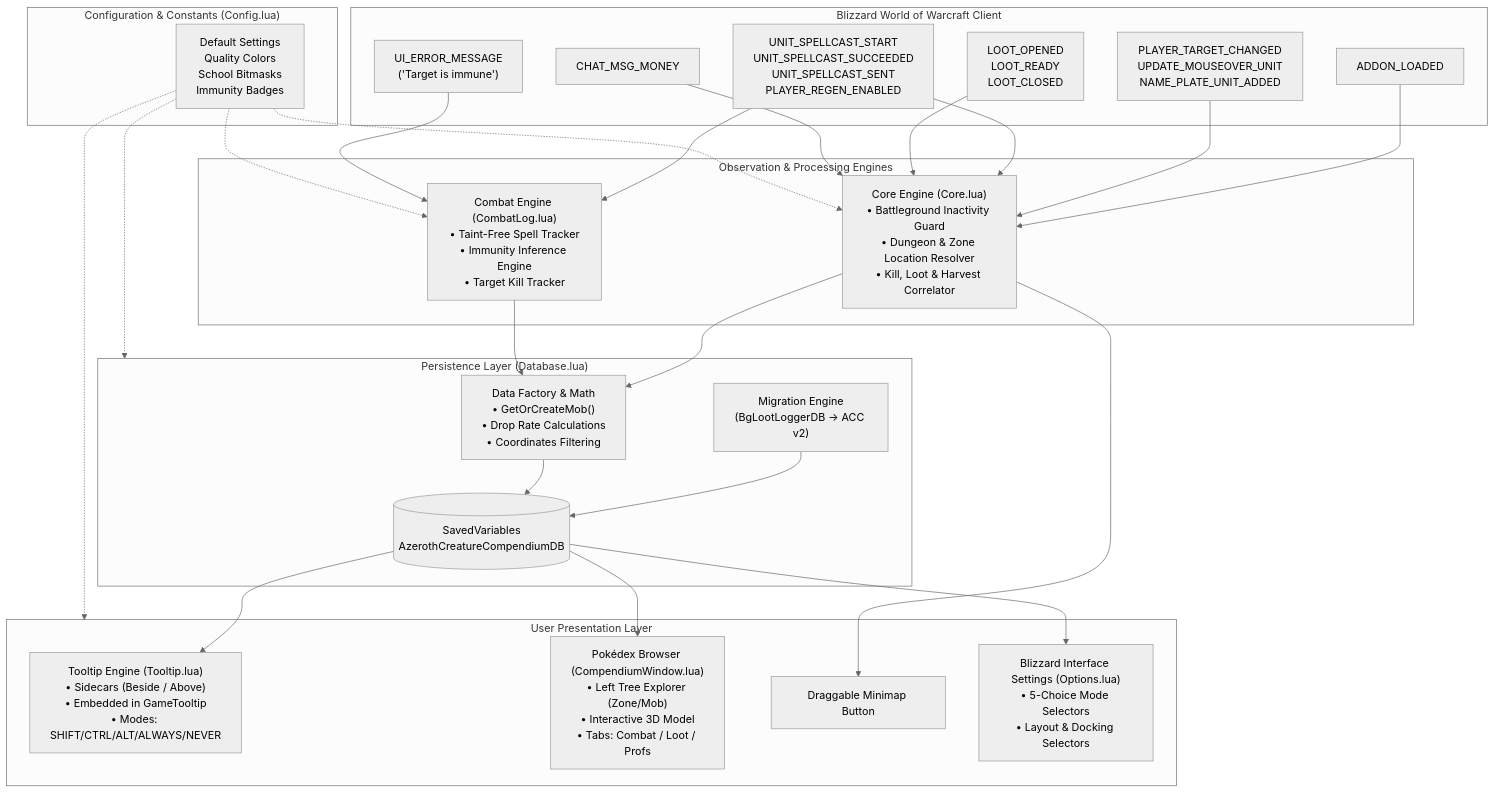
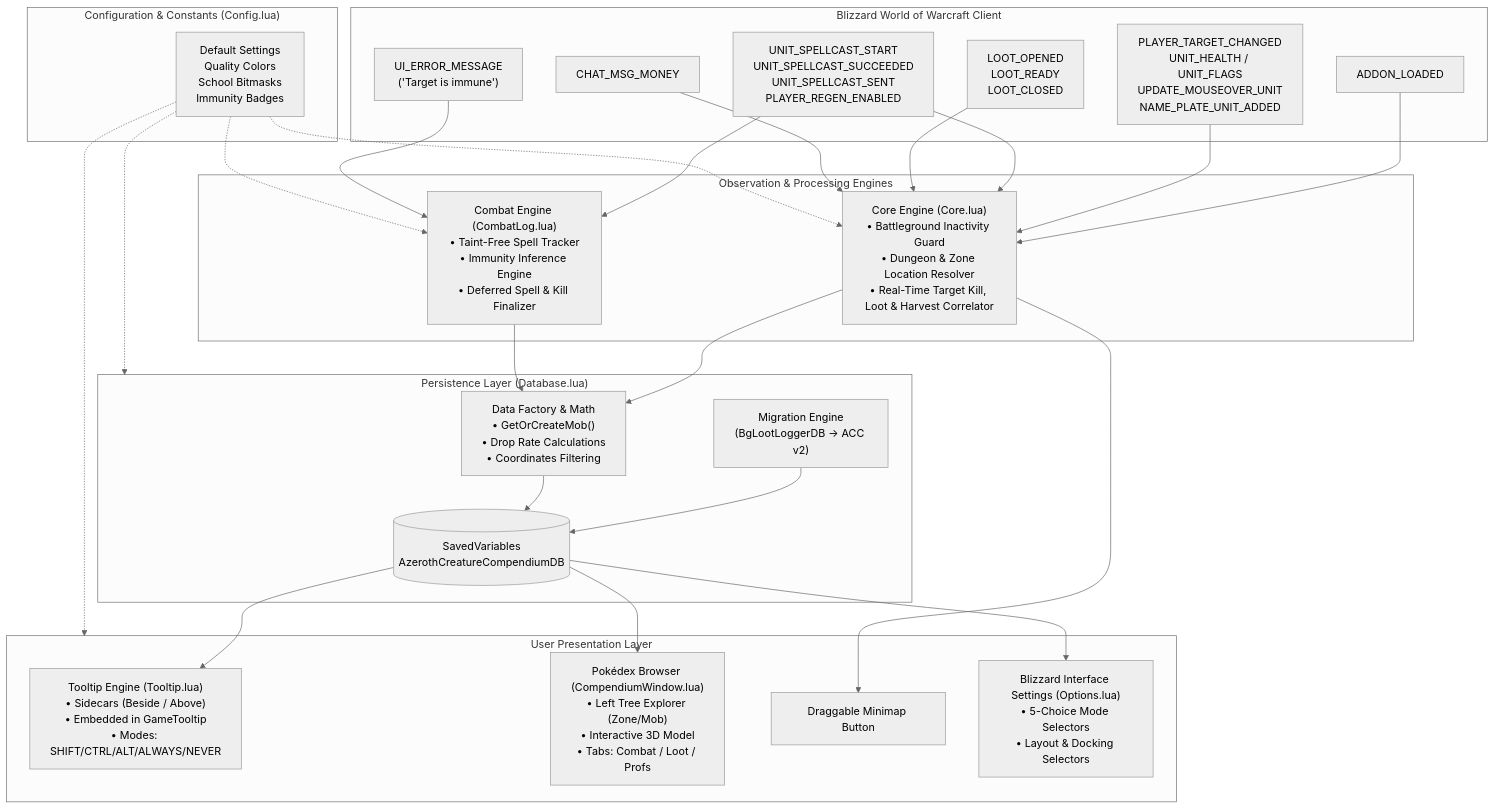
Before and after one commit to bguerre20/AzerothCreatureCompendium: the first of 5 diagrams in docs/ARCHITECTURE.md, drawn with Mermaid (neutral theme). The commit also changed other lines of this file and 3 other files, not shown here.

Commit message:
fix: track real-time target kills via UNIT_HEALTH and UNIT_FLAGS

````diff
--- a/docs/ARCHITECTURE.md
+++ b/docs/ARCHITECTURE.md
@@ -41,59 +41,59 @@
 ```mermaid
 graph TD
     subgraph WoW_Client["Blizzard World of Warcraft Client"]
         E_Life["ADDON_LOADED"]
-        E_Unit["PLAYER_TARGET_CHANGED<br/>UPDATE_MOUSEOVER_UNIT<br/>NAME_PLATE_UNIT_ADDED"]
+        E_Unit["PLAYER_TARGET_CHANGED<br/>UNIT_HEALTH / UNIT_FLAGS<br/>UPDATE_MOUSEOVER_UNIT<br/>NAME_PLATE_UNIT_ADDED"]
         E_Cast["UNIT_SPELLCAST_START<br/>UNIT_SPELLCAST_SUCCEEDED<br/>UNIT_SPELLCAST_SENT<br/>PLAYER_REGEN_ENABLED"]
         E_Err["UI_ERROR_MESSAGE<br/>('Target is immune')"]
         E_Loot["LOOT_OPENED<br/>LOOT_READY<br/>LOOT_CLOSED"]
         E_Chat["CHAT_MSG_MONEY"]
     end
 
     subgraph Config_Layer["Configuration & Constants (Config.lua)"]
         CONF["Default Settings<br/>Quality Colors<br/>School Bitmasks<br/>Immunity Badges"]
     end
 
     subgraph Engine_Layer["Observation & Processing Engines"]
-        CORE["Core Engine (Core.lua)<br/>• Battleground Inactivity Guard<br/>• Dungeon & Zone Location Resolver<br/>• Kill, Loot & Harvest Correlator"]
-        COMBAT["Combat Engine (CombatLog.lua)<br/>• Taint-Free Spell Tracker<br/>• Immunity Inference Engine<br/>• Target Kill Tracker"]
+        CORE["Core Engine (Core.lua)<br/>• Battleground Inactivity Guard<br/>• Dungeon & Zone Location Resolver<br/>• Real-Time Target Kill, Loot & Harvest Correlator"]
+        COMBAT["Combat Engine (CombatLog.lua)<br/>• Taint-Free Spell Tracker<br/>• Immunity Inference Engine<br/>• Deferred Spell & Kill Finalizer"]
     end
 
     subgraph Storage_Layer["Persistence Layer (Database.lua)"]
         DB[("SavedVariables<br/>AzerothCreatureCompendiumDB")]
         MIG["Migration Engine<br/>(BgLootLoggerDB -> ACC v2)"]
         FACTORY["Data Factory & Math<br/>• GetOrCreateMob()<br/>• Drop Rate Calculations<br/>• Coordinates Filtering"]
     end
 
     subgraph Presentation_Layer["User Presentation Layer"]
         TOOLTIPS["Tooltip Engine (Tooltip.lua)<br/>• Sidecars (Beside / Above)<br/>• Embedded in GameTooltip<br/>• Modes: SHIFT/CTRL/ALT/ALWAYS/NEVER"]
         WINDOW["Pokédex Browser (CompendiumWindow.lua)<br/>• Left Tree Explorer (Zone/Mob)<br/>• Interactive 3D Model<br/>• Tabs: Combat / Loot / Profs"]
         MINIMAP["Draggable Minimap Button"]
         SETTINGS["Blizzard Interface Settings (Options.lua)<br/>• 5-Choice Mode Selectors<br/>• Layout & Docking Selectors"]
     end
 
     %% Event Connections
     E_Life --> CORE
     E_Unit --> CORE
     E_Cast --> CORE
     E_Cast --> COMBAT
     E_Err --> COMBAT
     E_Loot --> CORE
     E_Chat --> CORE
 
     CONF -.-> CORE
     CONF -.-> COMBAT
     CONF -.-> Storage_Layer
     CONF -.-> Presentation_Layer
 
     %% Processing Connections
     CORE --> FACTORY
     COMBAT --> FACTORY
     MIG --> DB
     FACTORY --> DB
 
     %% Query Connections
     DB --> TOOLTIPS
     DB --> WINDOW
     DB --> SETTINGS
     CORE --> MINIMAP
 ```
````
